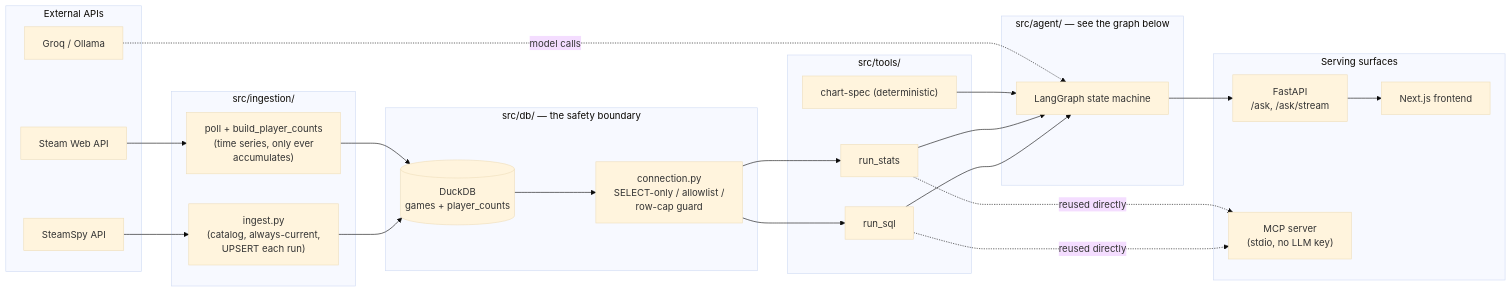
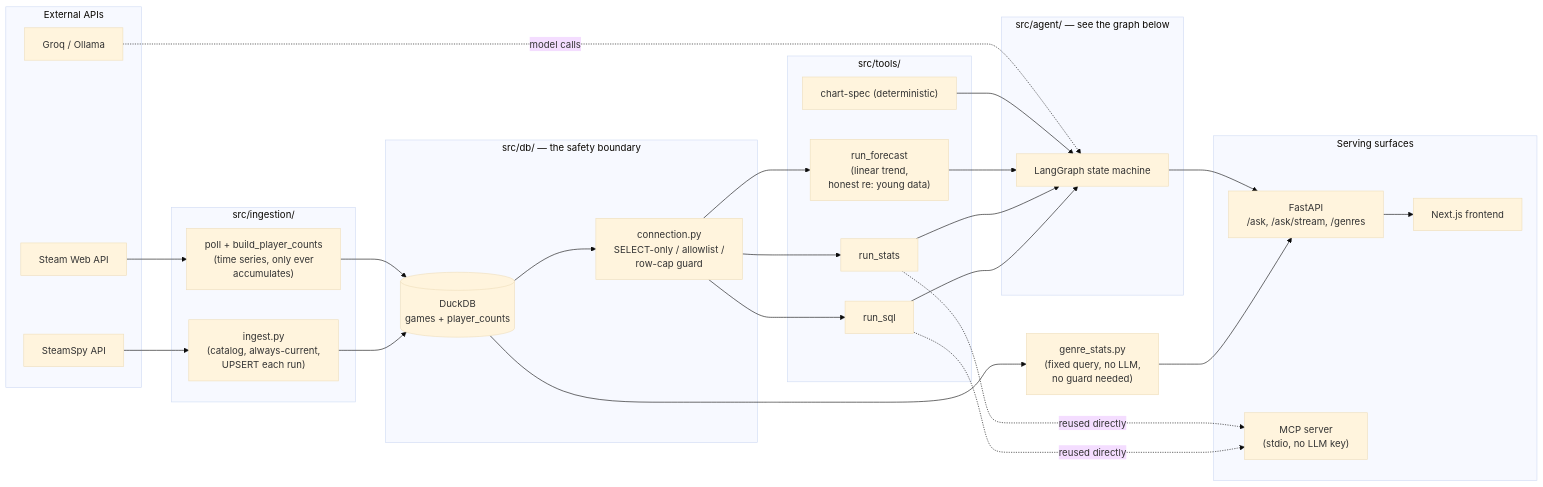
One commit to stefhooy/full_stack_project changed the first of 5 diagrams in ARCHITECTURE.md. Above: the diagram before and after it, drawn with Mermaid (base theme). The commit also changed other lines of this file and 20 other files, not shown here.

````diff
--- a/ARCHITECTURE.md
+++ b/ARCHITECTURE.md
@@ -24,44 +24,48 @@
 ```mermaid
 flowchart LR
     subgraph ext["External APIs"]
         steamspy["SteamSpy API"]
         steamweb["Steam Web API"]
         llm["Groq / Ollama"]
     end
 
     subgraph ingest["src/ingestion/"]
         ingestpy["ingest.py<br/>(catalog, always-current,<br/>UPSERT each run)"]
         pollpy["poll + build_player_counts<br/>(time series, only ever<br/>accumulates)"]
     end
 
     subgraph db["src/db/ — the safety boundary"]
         duckdb[("DuckDB<br/>games + player_counts")]
         connpy["connection.py<br/>SELECT-only / allowlist /<br/>row-cap guard"]
     end
 
     subgraph reasoning["src/agent/ — see the graph below"]
         lgraph["LangGraph state machine"]
     end
 
     subgraph tools["src/tools/"]
         sqltool["run_sql"]
         statstool["run_stats"]
+        forecasttool["run_forecast<br/>(linear trend,<br/>honest re: young data)"]
         viztool["chart-spec (deterministic)"]
     end
 
     subgraph surfaces["Serving surfaces"]
-        api["FastAPI<br/>/ask, /ask/stream"]
+        api["FastAPI<br/>/ask, /ask/stream, /genres"]
         mcpsrv["MCP server<br/>(stdio, no LLM key)"]
         webui["Next.js frontend"]
     end
 
+    genrestats["genre_stats.py<br/>(fixed query, no LLM,<br/>no guard needed)"]
+
     steamspy --> ingestpy --> duckdb
     steamweb --> pollpy --> duckdb
     duckdb --> connpy
-    connpy --> sqltool & statstool
-    sqltool & statstool --> lgraph
+    duckdb --> genrestats --> api
+    connpy --> sqltool & statstool & forecasttool
+    sqltool & statstool & forecasttool --> lgraph
     viztool --> lgraph
     llm -.model calls.-> lgraph
     lgraph --> api --> webui
     sqltool & statstool -. reused directly .-> mcpsrv
 ```
````
